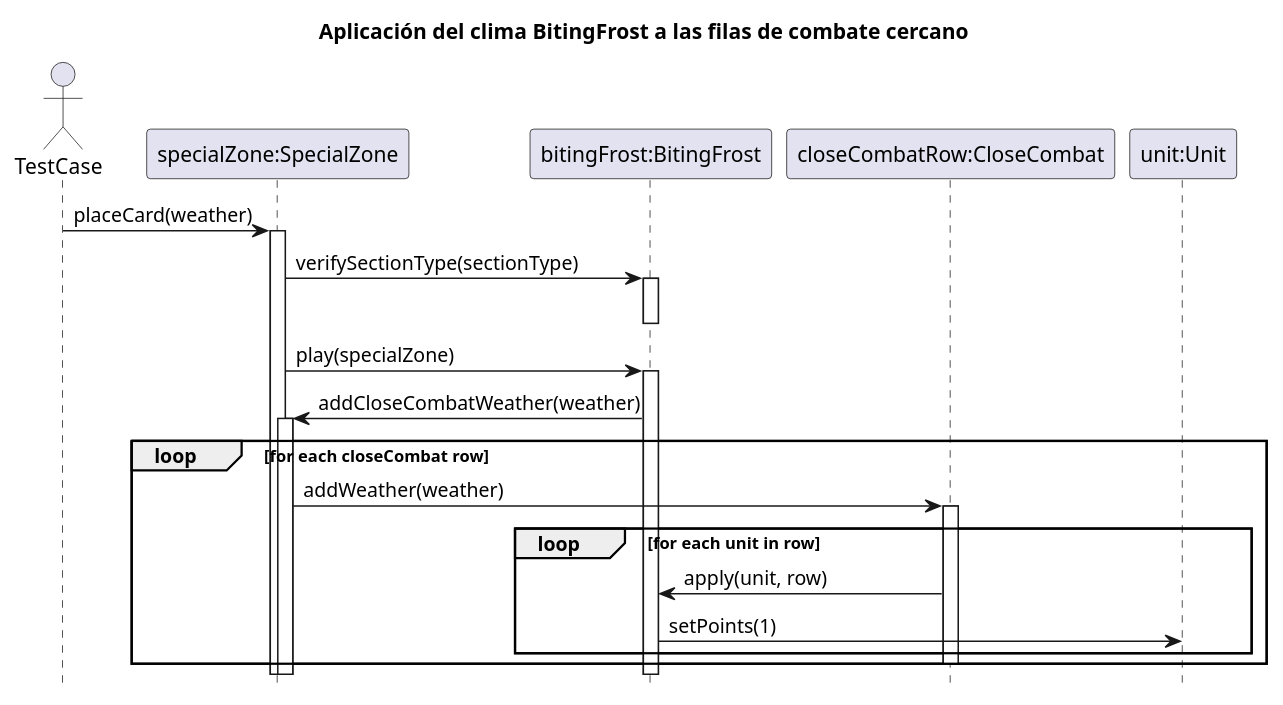
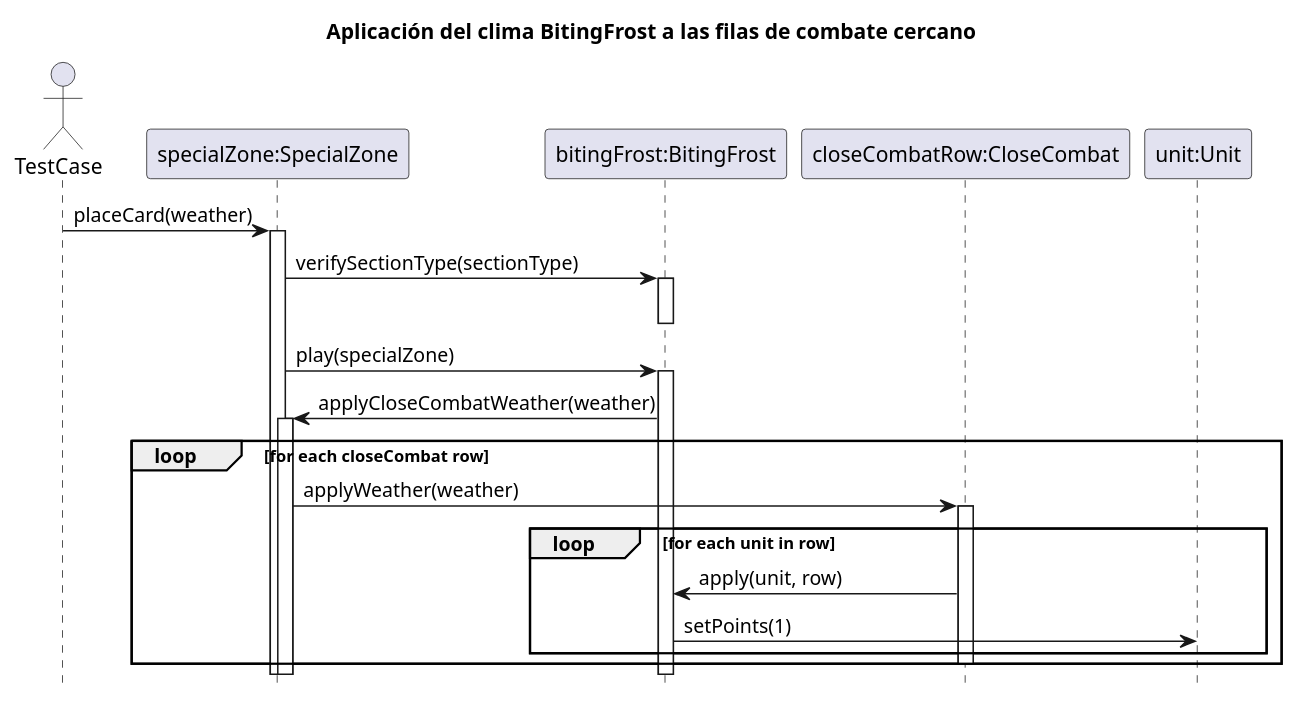
One commit to Yonhir/algo3_proyecto_base_tp2 changed the diagram in diagrams/sequences/AplicarClima.plantuml. Above: the diagram before and after it, drawn with PlantUML. The commit also changed 15 other files, not shown here.

Commit message:
Change from addWeather to applyWeather

```diff
--- a/diagrams/sequences/AplicarClima.plantuml
+++ b/diagrams/sequences/AplicarClima.plantuml
@@ -1,35 +1,35 @@
 @startuml
 
 hide footbox
 title Aplicación del clima BitingFrost a las filas de combate cercano
 
 actor TestCase
 
 participant "specialZone:SpecialZone" as specialZone
 participant "bitingFrost:BitingFrost" as weather
 participant "closeCombatRow:CloseCombat" as row
 participant "unit:Unit" as unit
 
 TestCase -> specialZone: placeCard(weather)
     activate specialZone
     specialZone -> weather: verifySectionType(sectionType)
         activate weather
         deactivate weather
     specialZone -> weather: play(specialZone)
         activate weather
-        weather -> specialZone: addCloseCombatWeather(weather)
+        weather -> specialZone: applyCloseCombatWeather(weather)
             activate specialZone
             loop for each closeCombat row
-                specialZone -> row: addWeather(weather)
+                specialZone -> row: applyWeather(weather)
                     activate row
                     loop for each unit in row
                         row -> weather: apply(unit, row)
                             weather -> unit: setPoints(1)
                     end
                     deactivate row
             end
             deactivate specialZone
         deactivate weather
     deactivate specialZone
 
 @enduml 
```
